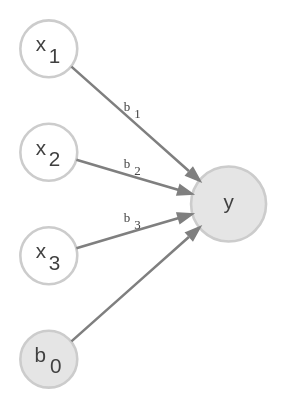
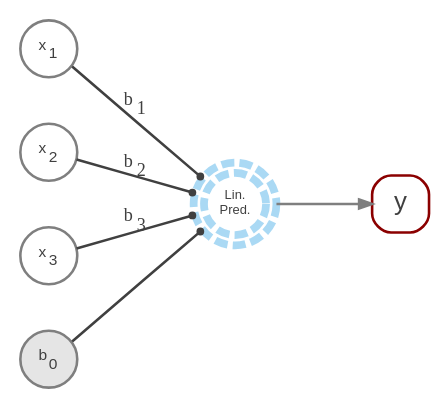
The diagram in linear_models/misc/graphical_lm.dot (m-clark/book-of-models), drawn with Graphviz before and after one commit. The commit also changed 1 other file, not shown here.

```diff
--- a/linear_models/misc/graphical_lm.dot
+++ b/linear_models/misc/graphical_lm.dot
@@ -1,17 +1,25 @@
 digraph DAG {
 
     graph [rankdir = LR bgcolor=transparent]
 
-    node [shape = circle, fontcolor=gray25 color=gray80]
+    node [shape = square, fontcolor=gray25 color=gray80]
 
-    node [fontname="Helvetica" fontsize=8 fixedsize=true width=.3]
+    node [fontname="Helvetica" fontsize=6 fixedsize=true width=.3 shape=circle color=gray50]
     x1 [label=<x<sub>1</sub>>]; x2 [label=<x<sub>2</sub>>]; x3 [label=<x<sub>3</sub>>]; 
 
     node [fillcolor=gray90 style=filled fixedsize=true width=.4]
+    lp [label = "Lin.\nPred." width=.33 color = "#56B4E980" shape=doublecircle style=dashed penwidth=3 fontsize = 5];
+    
+    node [fillcolor=gray90 style=filled fixedsize=true width=.4]
     y; b0[label=<b<sub>0</sub>> width=.3];
 
+    y [fixedsize=True fontsize =10 width=.3 color=darkred shape=square style=rounded];
+
     edge [color=gray50 style=filled arrowsize=.5 fontsize = 5 fontcolor=gray25]
-    x1 -> y [label=<b<sub>1</sub>>]; x2 -> y [label=<b<sub>2</sub>>]; x3 -> y [label=<b<sub>3</sub>>];
+    x1 -> lp [label=<b<sub>1</sub>> arrowhead="dot" arrowsize=0.25 minlen=1 fontsize=7 color=gray25]; 
+    x2 -> lp [label=<b<sub>2</sub>> arrowhead="dot" arrowsize=0.25 minlen=1 fontsize=7 color=gray25]; 
+    x3 -> lp [label=<b<sub>3</sub>> arrowhead="dot" arrowsize=0.25 minlen=1 fontsize=7 color=gray25];
+    b0 -> lp [arrowhead="dot" arrowsize=0.25 minlen=1 fontsize=7 color=gray25];
 
-    b0 -> y;
+    lp  -> y;
 }
```
